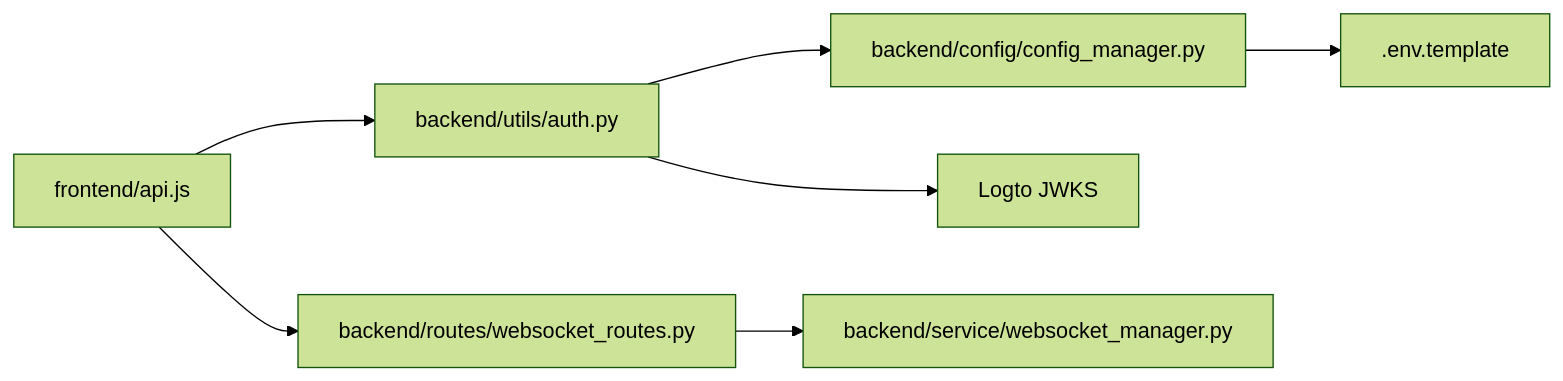
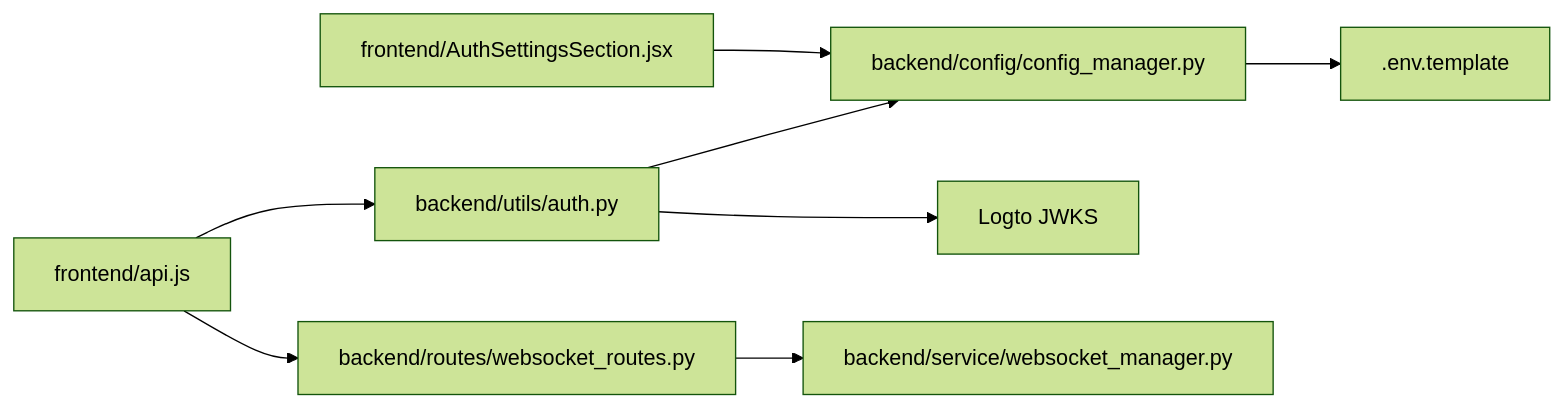
Before and after one commit to faryhuo/backtrader: the eighth of 8 diagrams in .qoder/repowiki/zh/content/安全与认证/安全与认证.md, drawn with Mermaid (forest theme). The commit also changed other lines of this file and 8 other files, not shown here.

````diff
--- a/.qoder/repowiki/zh/content/安全与认证/安全与认证.md
+++ b/.qoder/repowiki/zh/content/安全与认证/安全与认证.md
@@ -310,9 +324,10 @@
 ```mermaid
 graph LR
 FE["frontend/api.js"] --> AUTH["backend/utils/auth.py"]
 AUTH --> CFG["backend/config/config_manager.py"]
 AUTH --> JWKS["Logto JWKS"]
 FE --> WS["backend/routes/websocket_routes.py"]
 WS --> WSM["backend/service/websocket_manager.py"]
 CFG --> ENV[".env.template"]
+FE_Config["frontend/AuthSettingsSection.jsx"] --> CFG
 ```
````
